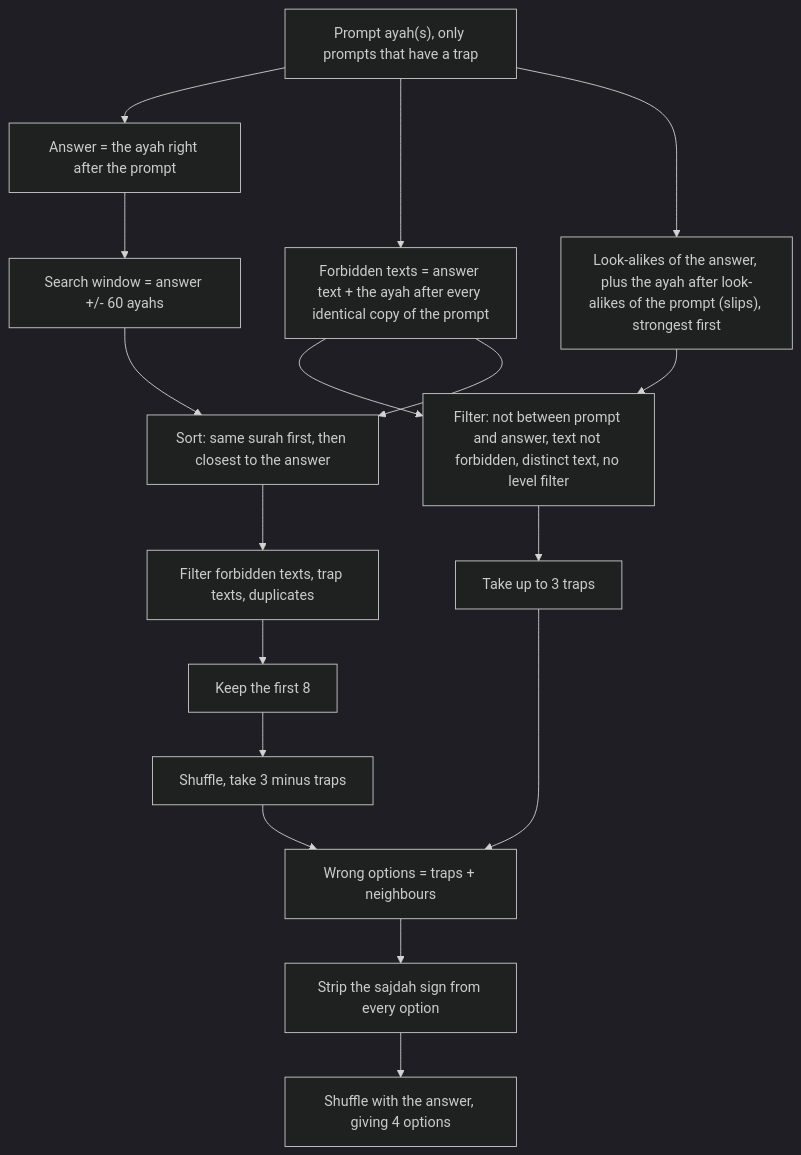
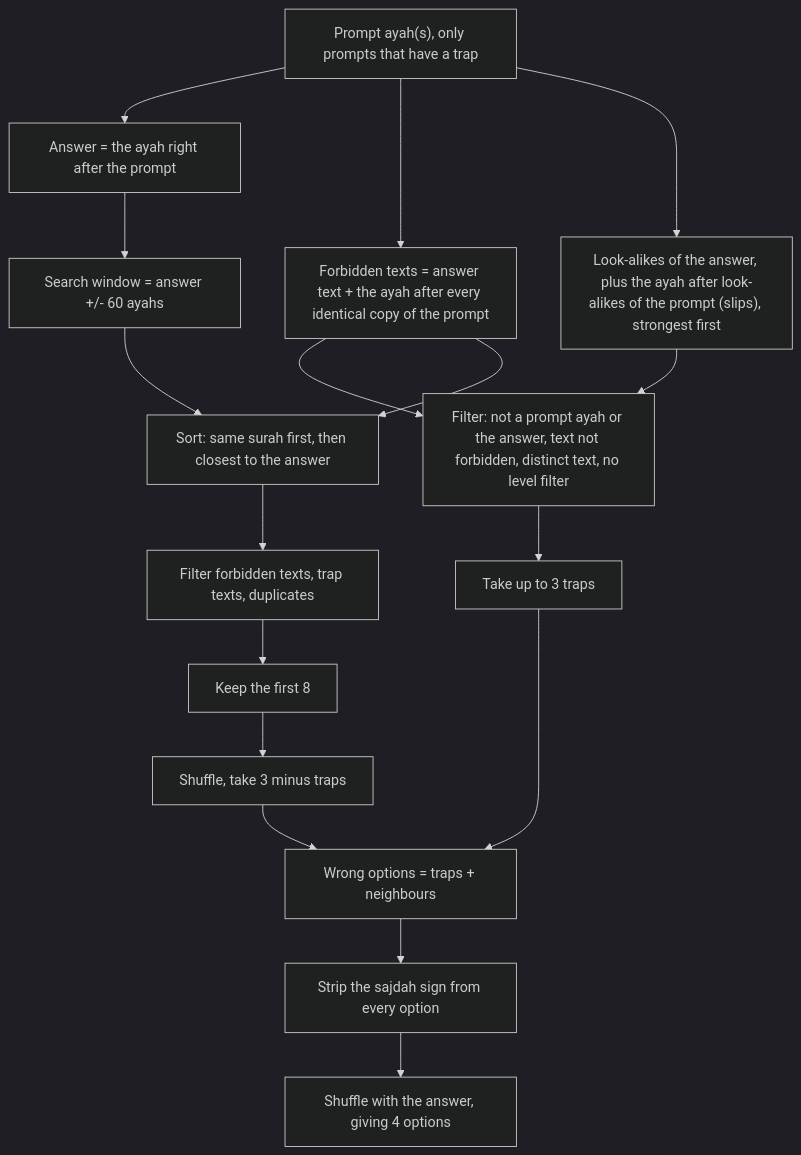
The fifth of 6 diagrams in ALGORITHMS.md (suft/hafiz), drawn with Mermaid (dark theme) before and after one commit. The commit also changed other lines of this file and 1 other file, not shown here.

First line of the commit message:
docs: add agent guide and document Where's the Ayah options

````diff
--- a/ALGORITHMS.md
+++ b/ALGORITHMS.md
@@ -101,19 +108,19 @@
 ```mermaid
 flowchart TD
     P["Prompt ayah(s), only prompts that have a trap"] --> A["Answer = the ayah right after the prompt"]
     P --> V["Forbidden texts = answer text + the ayah after every identical copy of the prompt"]
     P --> T["Look-alikes of the answer, plus the ayah after look-alikes of the prompt (slips), strongest first"]
-    V --> F["Filter: not between prompt and answer, text not forbidden, distinct text, no level filter"]
+    V --> F["Filter: not a prompt ayah or the answer, text not forbidden, distinct text, no level filter"]
     T --> F
     F --> T2["Take up to 3 traps"]
     A --> R["Search window = answer +/- 60 ayahs"]
     R --> S["Sort: same surah first, then closest to the answer"]
     V --> S
     S --> S1["Filter forbidden texts, trap texts, duplicates"]
     S1 --> S2["Keep the first 8"]
     S2 --> S3["Shuffle, take 3 minus traps"]
     T2 --> W["Wrong options = traps + neighbours"]
     S3 --> W
     W --> X["Strip the sajdah sign from every option"]
     X --> Y["Shuffle with the answer, giving 4 options"]
 ```
````
